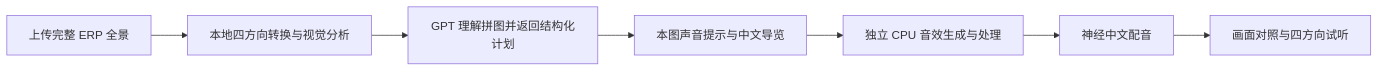
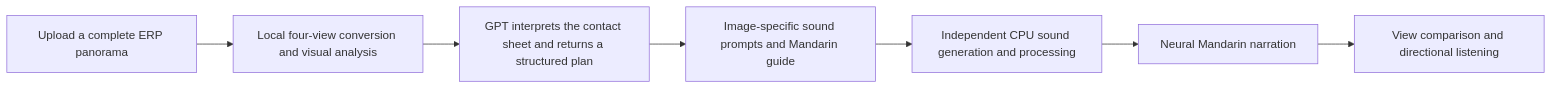
Before and after one commit to churi919/LandscapeSound: the diagram in docs/architecture.md, drawn with Mermaid. The commit also changed other lines of this file and 1 other file, not shown here.

Commit message:
Publish architecture documentation in English and Simplified Chinese

````diff
--- a/docs/architecture.md
+++ b/docs/architecture.md
@@ -7,9 +11,9 @@
 ```mermaid
 flowchart LR
-    A[上传完整 ERP 全景] --> B[本地四方向转换与视觉分析]
-    B --> C[GPT 理解拼图并返回结构化计划]
-    C --> D[本图声音提示与中文导览]
-    D --> E[独立 CPU 音效生成与处理]
-    E --> F[神经中文配音]
-    F --> G[画面对照与四方向试听]
+    A[Upload a complete ERP panorama] --> B[Local four-view conversion and visual analysis]
+    B --> C[GPT interprets the contact sheet and returns a structured plan]
+    C --> D[Image-specific sound prompts and Mandarin guide]
+    D --> E[Independent CPU sound generation and processing]
+    E --> F[Neural Mandarin narration]
+    F --> G[View comparison and directional listening]
 ```
````
